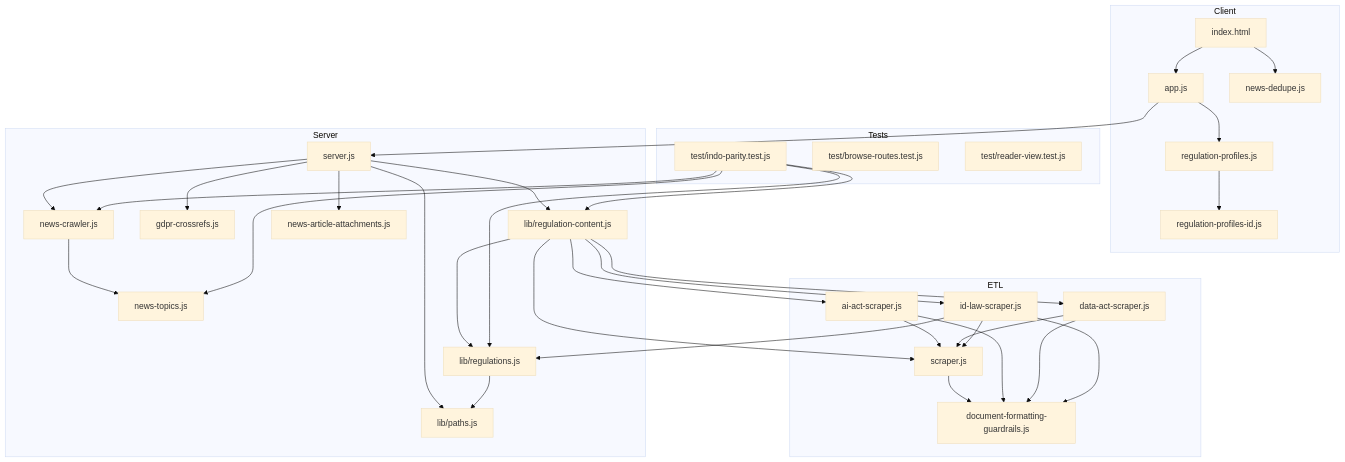
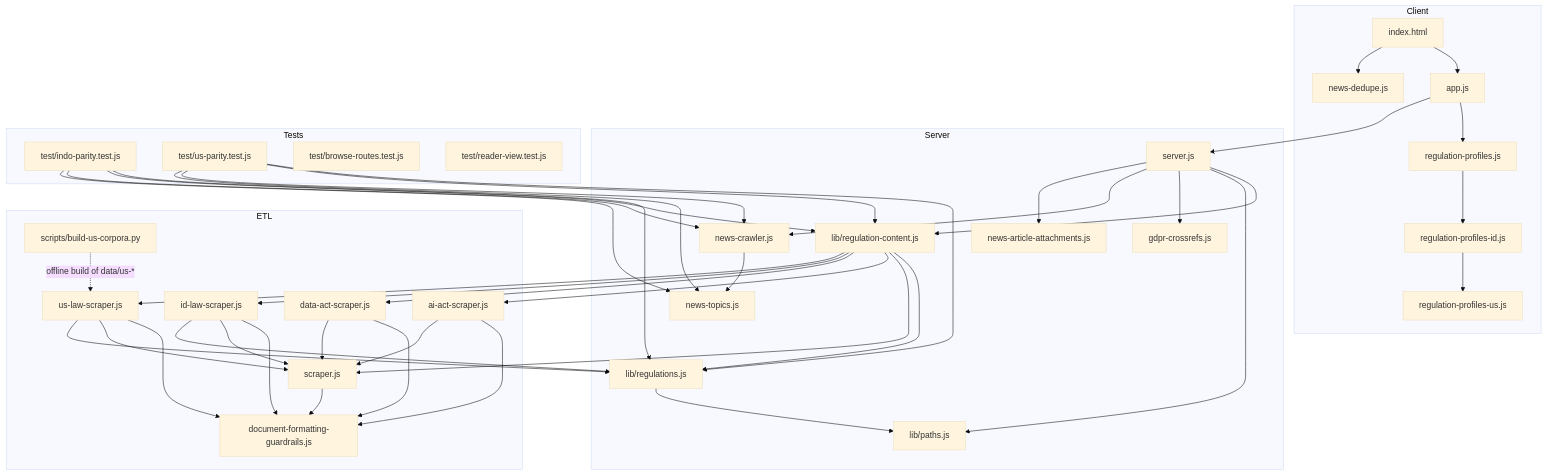
The diagram in docs/SOURCE_CODE_INVENTORY.md (RifqiMT/gdpr-qa-platform), drawn with Mermaid (base theme) before and after one commit. The commit also changed other lines of this file and 51 other files, not shown here.

````diff
--- a/docs/SOURCE_CODE_INVENTORY.md
+++ b/docs/SOURCE_CODE_INVENTORY.md
@@ -232,58 +256,72 @@
 ```mermaid
 flowchart TB
   subgraph Client
     HTML[index.html]
     APP[app.js]
     PROF[regulation-profiles.js]
     PROFID[regulation-profiles-id.js]
+    PROFUS[regulation-profiles-us.js]
     DEDUPE[news-dedupe.js]
   end
   subgraph Server
     SRV[server.js]
     LIB[lib/regulation-content.js]
     REG[lib/regulations.js]
     PATHS[lib/paths.js]
     XREF[gdpr-crossrefs.js]
     NEWS[news-crawler.js]
     TOPICS[news-topics.js]
     ATT[news-article-attachments.js]
   end
   subgraph ETL
     SCR[scraper.js]
     AIS[ai-act-scraper.js]
     DAS[data-act-scraper.js]
     IDS[id-law-scraper.js]
+    USS[us-law-scraper.js]
+    PYUS[scripts/build-us-corpora.py]
     DG[document-formatting-guardrails.js]
   end
   subgraph Tests
     TST[test/indo-parity.test.js]
+    TUS[test/us-parity.test.js]
     TBR[test/browse-routes.test.js]
     TRV[test/reader-view.test.js]
   end
   HTML --> APP --> PROF
   PROF --> PROFID
+  PROFID --> PROFUS
   HTML --> DEDUPE
   APP --> SRV
   SRV --> LIB --> REG
   SRV --> PATHS
   SRV --> XREF
   SRV --> NEWS --> TOPICS
   SRV --> ATT
   LIB --> SCR
   LIB --> AIS
   LIB --> DAS
   LIB --> IDS
+  LIB --> USS
   REG --> PATHS
   SCR --> DG
   AIS --> DG
   DAS --> DG
   IDS --> DG
+  USS --> DG
   AIS --> SCR
   DAS --> SCR
   IDS --> SCR
   IDS --> REG
+  USS --> SCR
+  USS --> REG
+  PYUS -.->|"offline build of data/us-*"| USS
   TST --> REG
   TST --> LIB
   TST --> NEWS
   TST --> TOPICS
+  TUS --> REG
+  TUS --> LIB
+  TUS --> NEWS
+  TUS --> TOPICS
 ```
````
